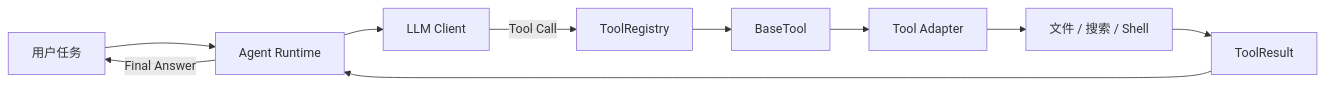
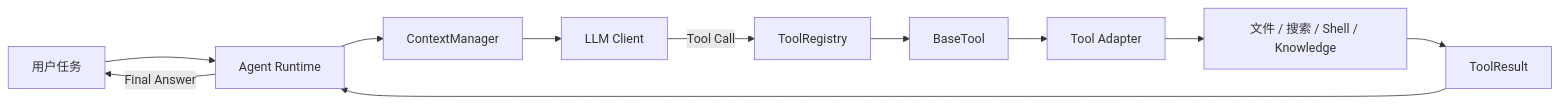
Before and after one commit to Dracarys6/DevAgent: the first of 3 diagrams in README.md, drawn with Mermaid. The commit also changed other lines of this file and 11 other files, not shown here.

````diff
--- a/README.md
+++ b/README.md
@@ -72,12 +75,13 @@
 ```mermaid
 flowchart LR
     User[用户任务] --> Agent[Agent Runtime]
-    Agent --> LLM[LLM Client]
+    Agent --> Context[ContextManager]
+    Context --> LLM[LLM Client]
     LLM -->|Tool Call| Registry[ToolRegistry]
     Registry --> Tool[BaseTool]
     Tool --> Adapter[Tool Adapter]
-    Adapter --> Builtin[文件 / 搜索 / Shell]
+    Adapter --> Builtin[文件 / 搜索 / Shell / Knowledge]
     Builtin --> Result[ToolResult]
     Result --> Agent
     Agent -->|Final Answer| User
 ```
````
